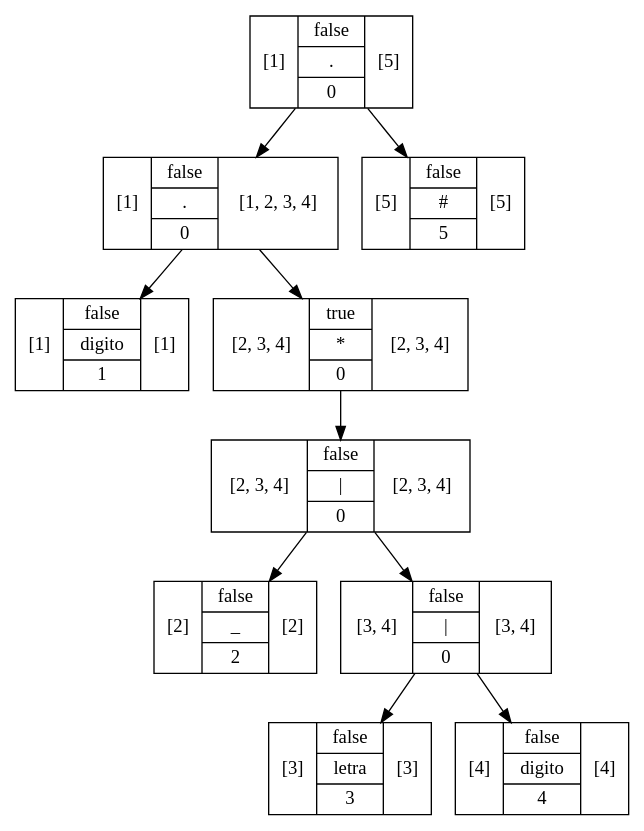
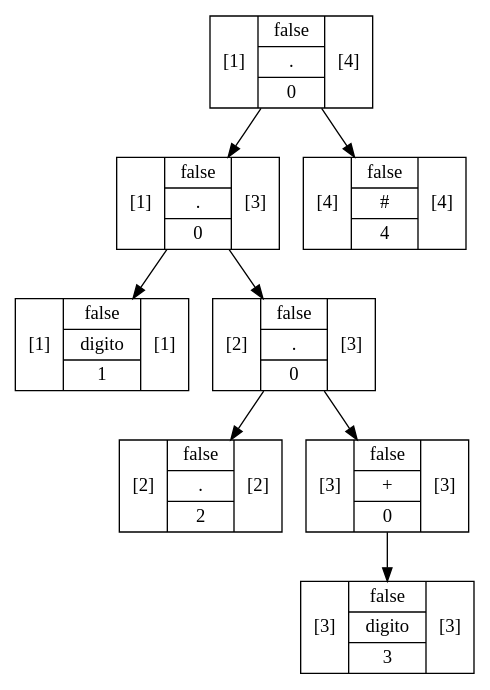
Before and after one commit to RojasCJP/Proyecto1_Compi1: the diagram in out/production/Proyecto1/Graphviz/Arbol1.dot, drawn with Graphviz. The commit also changed 73 other files, not shown here.

Commit message:
Metodo del arbol terminado, falta metodo de thompson, analizar expresiones regulares y reportes de errores

```diff
--- a/out/production/Proyecto1/Graphviz/Arbol1.dot
+++ b/out/production/Proyecto1/Graphviz/Arbol1.dot
@@ -1,21 +1,17 @@
 digraph structs {
-    node [shape=record];ArbolNodoMetodo23a39db6[label="[1]|{false|{digito}|1}|[1]"];
-ArbolNodoMetodo7d68543b[label="[2]|{false|{_}|2}|[2]"];
-ArbolNodoMetodo129a0f58[label="[3]|{false|{letra}|3}|[3]"];
-ArbolNodoMetodo121c6434[label="[4]|{false|{digito}|4}|[4]"];
-ArbolNodoMetodo2ded15ec[label="[3, 4]|{false|{\|}|0}|[3, 4]"];
-ArbolNodoMetodo2ded15ec -> ArbolNodoMetodo129a0f58;
-ArbolNodoMetodo2ded15ec -> ArbolNodoMetodo121c6434;
-ArbolNodoMetodo121b55e6[label="[2, 3, 4]|{false|{\|}|0}|[2, 3, 4]"];
-ArbolNodoMetodo121b55e6 -> ArbolNodoMetodo7d68543b;
-ArbolNodoMetodo121b55e6 -> ArbolNodoMetodo2ded15ec;
-ArbolNodoMetodo50397832[label="[2, 3, 4]|{true|{*}|0}|[2, 3, 4]"];
-ArbolNodoMetodo50397832 -> ArbolNodoMetodo121b55e6;
-ArbolNodoMetodo21759bc5[label="[1]|{false|{.}|0}|[1, 2, 3, 4]"];
-ArbolNodoMetodo21759bc5 -> ArbolNodoMetodo23a39db6;
-ArbolNodoMetodo21759bc5 -> ArbolNodoMetodo50397832;
-ArbolNodoMetodo6472b872[label="[5]|{false|{#}|5}|[5]"];
-ArbolNodoMetodo2c0e757f[label="[1]|{false|{.}|0}|[5]"];
-ArbolNodoMetodo2c0e757f -> ArbolNodoMetodo21759bc5;
-ArbolNodoMetodo2c0e757f -> ArbolNodoMetodo6472b872;
+    node [shape=record];ArbolNodoMetodo16a4b1cf[label="[1]|{false|{digito}|1}|[1]"];
+ArbolNodoMetodo7bf24267[label="[2]|{false|{.}|2}|[2]"];
+ArbolNodoMetodo1407f681[label="[3]|{false|{digito}|3}|[3]"];
+ArbolNodoMetodo562fd933[label="[3]|{false|{+}|0}|[3]"];
+ArbolNodoMetodo562fd933 -> ArbolNodoMetodo1407f681;
+ArbolNodoMetodo653630f0[label="[2]|{false|{.}|0}|[3]"];
+ArbolNodoMetodo653630f0 -> ArbolNodoMetodo7bf24267;
+ArbolNodoMetodo653630f0 -> ArbolNodoMetodo562fd933;
+ArbolNodoMetodoc3ea74b[label="[1]|{false|{.}|0}|[3]"];
+ArbolNodoMetodoc3ea74b -> ArbolNodoMetodo16a4b1cf;
+ArbolNodoMetodoc3ea74b -> ArbolNodoMetodo653630f0;
+ArbolNodoMetodo2726fbb3[label="[4]|{false|{#}|4}|[4]"];
+ArbolNodoMetodofe85825[label="[1]|{false|{.}|0}|[4]"];
+ArbolNodoMetodofe85825 -> ArbolNodoMetodoc3ea74b;
+ArbolNodoMetodofe85825 -> ArbolNodoMetodo2726fbb3;
 }
```
